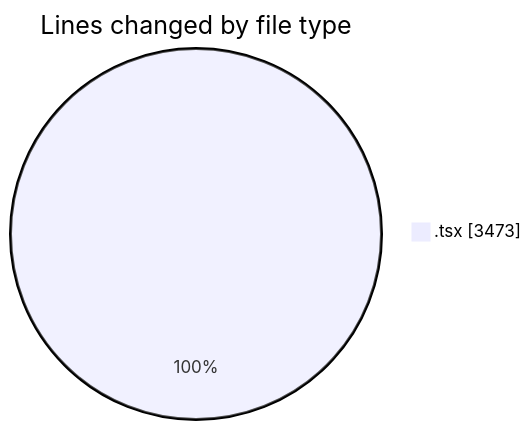
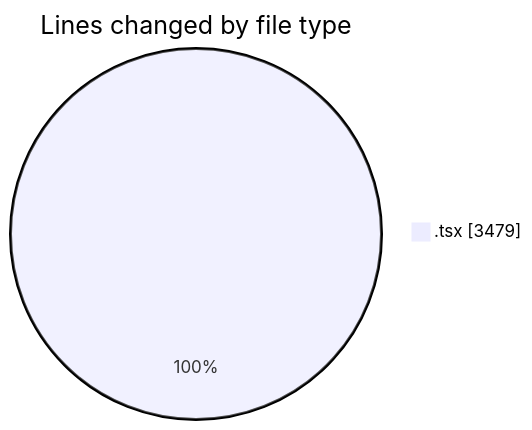
Before and after one commit to nxtqubesakshisongat/code-tracking: the first of 2 diagrams in 2026-06-18/nxtqube_webapp/README.md, drawn with Mermaid. The commit also changed other lines of this file and 1 other file, not shown here.

````diff
--- a/2026-06-18/nxtqube_webapp/README.md
+++ b/2026-06-18/nxtqube_webapp/README.md
@@ -20,5 +20,5 @@
 ```mermaid
 pie showData
 title Lines changed by file type
-".tsx" : 3473
+".tsx" : 3479
 ```
````
